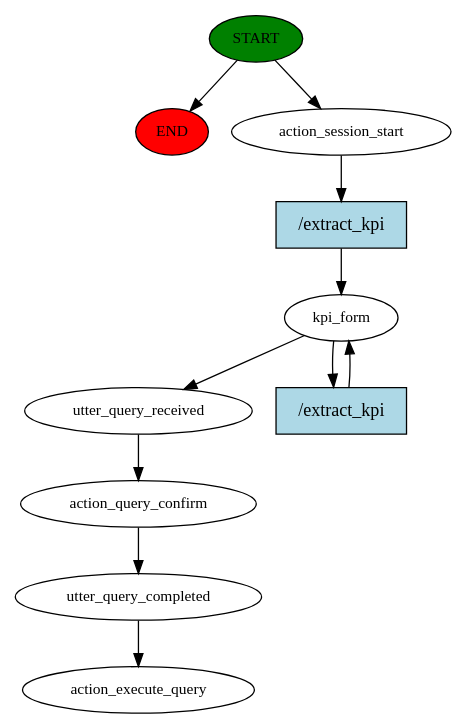
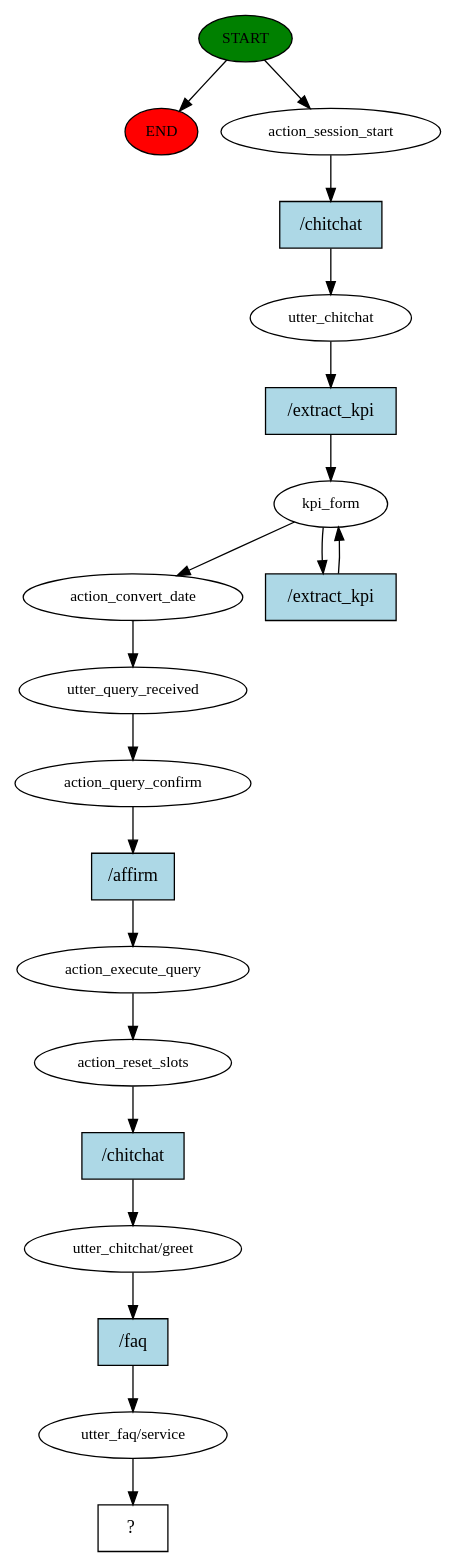
One commit to yuqiong11/kpichat changed the diagram in story_graph.dot. Above: the diagram before and after it, drawn with Graphviz. The commit also changed 15 other files, not shown here.

```diff
--- a/story_graph.dot
+++ b/story_graph.dot
@@ -1,22 +1,40 @@
 digraph  {
 0 [class="start active", fillcolor=green, fontsize=12, label=START, style=filled];
 "-1" [class=end, fillcolor=red, fontsize=12, label=END, style=filled];
 1 [class=active, fontsize=12, label=action_session_start];
-2 [class=active, fontsize=12, label=kpi_form];
-4 [class=active, fontsize=12, label=utter_query_received];
-5 [class=active, fontsize=12, label=action_query_confirm];
-6 [class=active, fontsize=12, label=utter_query_completed];
-7 [class="dashed active", fontsize=12, label=action_execute_query];
-8 [class="intent active", fillcolor=lightblue, label="/extract_kpi", shape=rect, style=filled];
-9 [class="intent active", fillcolor=lightblue, label="/extract_kpi", shape=rect, style=filled];
+2 [class=active, fontsize=12, label=utter_chitchat];
+3 [class=active, fontsize=12, label=kpi_form];
+5 [class=active, fontsize=12, label=action_convert_date];
+6 [class=active, fontsize=12, label=utter_query_received];
+7 [class=active, fontsize=12, label=action_query_confirm];
+8 [class=active, fontsize=12, label=action_execute_query];
+9 [class=active, fontsize=12, label=action_reset_slots];
+10 [class=active, fontsize=12, label="utter_chitchat/greet"];
+11 [class=active, fontsize=12, label="utter_faq/service"];
+12 [class="intent dashed active", label="  ?  ", shape=rect];
+13 [class="intent active", fillcolor=lightblue, label="/chitchat", shape=rect, style=filled];
+14 [class="intent active", fillcolor=lightblue, label="/extract_kpi", shape=rect, style=filled];
+15 [class="intent active", fillcolor=lightblue, label="/extract_kpi", shape=rect, style=filled];
+16 [class="intent active", fillcolor=lightblue, label="/affirm", shape=rect, style=filled];
+17 [class="intent active", fillcolor=lightblue, label="/chitchat", shape=rect, style=filled];
+18 [class="intent active", fillcolor=lightblue, label="/faq", shape=rect, style=filled];
 0 -> "-1"  [class="", key=NONE, label=""];
 0 -> 1  [class=active, key=NONE, label=""];
-1 -> 8  [class=active, key=0];
-2 -> 4  [class=active, key=NONE, label=""];
-2 -> 9  [class=active, key=0];
-4 -> 5  [class=active, key=NONE, label=""];
+1 -> 13  [class=active, key=0];
+2 -> 14  [class=active, key=0];
+3 -> 5  [class=active, key=NONE, label=""];
+3 -> 15  [class=active, key=0];
 5 -> 6  [class=active, key=NONE, label=""];
 6 -> 7  [class=active, key=NONE, label=""];
-8 -> 2  [class=active, key=0];
-9 -> 2  [class=active, key=0];
+7 -> 16  [class=active, key=0];
+8 -> 9  [class=active, key=NONE, label=""];
+9 -> 17  [class=active, key=0];
+10 -> 18  [class=active, key=0];
+11 -> 12  [class=active, key=NONE, label=""];
+13 -> 2  [class=active, key=0];
+14 -> 3  [class=active, key=0];
+15 -> 3  [class=active, key=0];
+16 -> 8  [class=active, key=0];
+17 -> 10  [class=active, key=0];
+18 -> 11  [class=active, key=0];
 }
```
